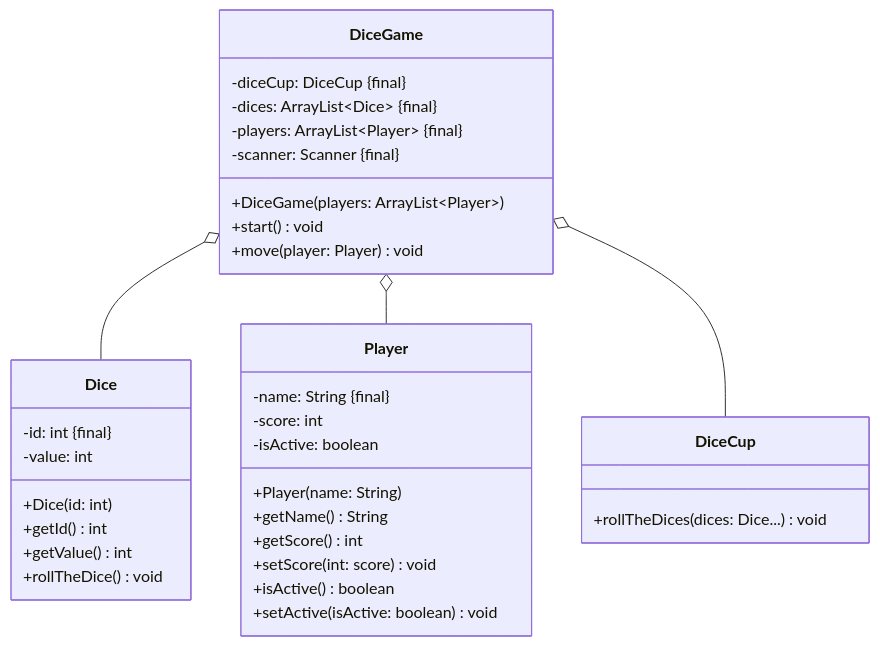
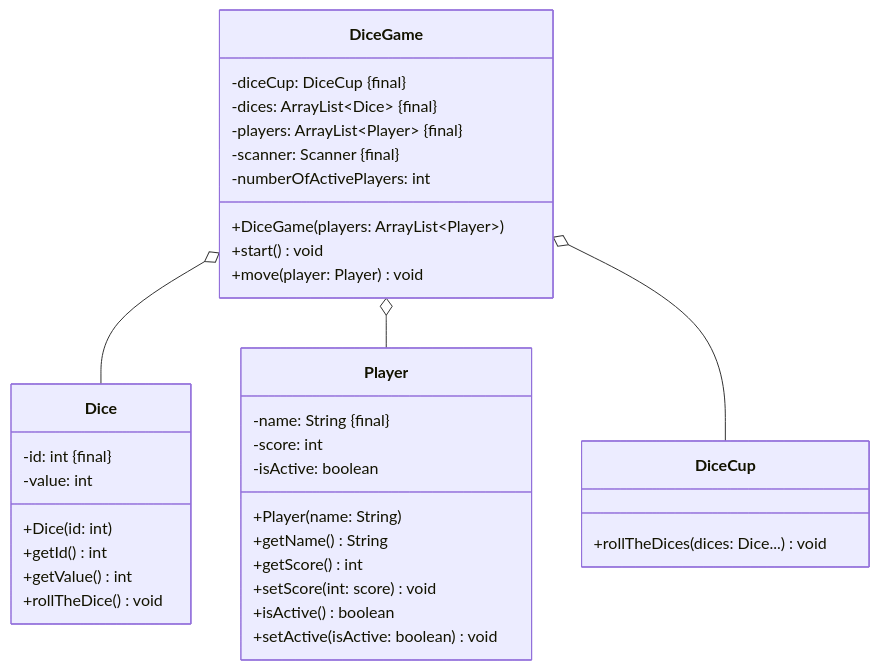
One commit to jappuccini/java-docs changed the diagram in docs/exercises/class-diagrams/class-diagrams02.mdx. Above: the diagram before and after it, drawn with Mermaid.

````diff
--- a/docs/exercises/class-diagrams/class-diagrams02.mdx
+++ b/docs/exercises/class-diagrams/class-diagrams02.mdx
@@ -23,41 +23,42 @@
 ```mermaid
 classDiagram
     DiceGame o-- Dice
     DiceGame o-- Player
     DiceGame o-- DiceCup
 
     class Player {
         -name: String &#123final&#125
         -score: int
         -isActive: boolean
         +Player(name: String)
         +getName() String
         +getScore() int
         +setScore(int: score) void
         +isActive() boolean
         +setActive(isActive: boolean) void
     }
 
     class Dice {
         -id: int &#123final&#125
         -value: int
         +Dice(id: int)
         +getId() int
         +getValue() int
         +rollTheDice() void
     }
 
     class DiceCup {
         +rollTheDices(dices: Dice...) void
     }
 
     class DiceGame {
         -diceCup: DiceCup &#123final&#125
         -dices: ArrayList~Dice~ &#123final&#125
         -players: ArrayList~Player~ &#123final&#125
         -scanner: Scanner &#123final&#125
+        -numberOfActivePlayers: int
         +DiceGame(players: ArrayList~Player~)
         +start() void
         +move(player: Player) void
     }
 ```
````
